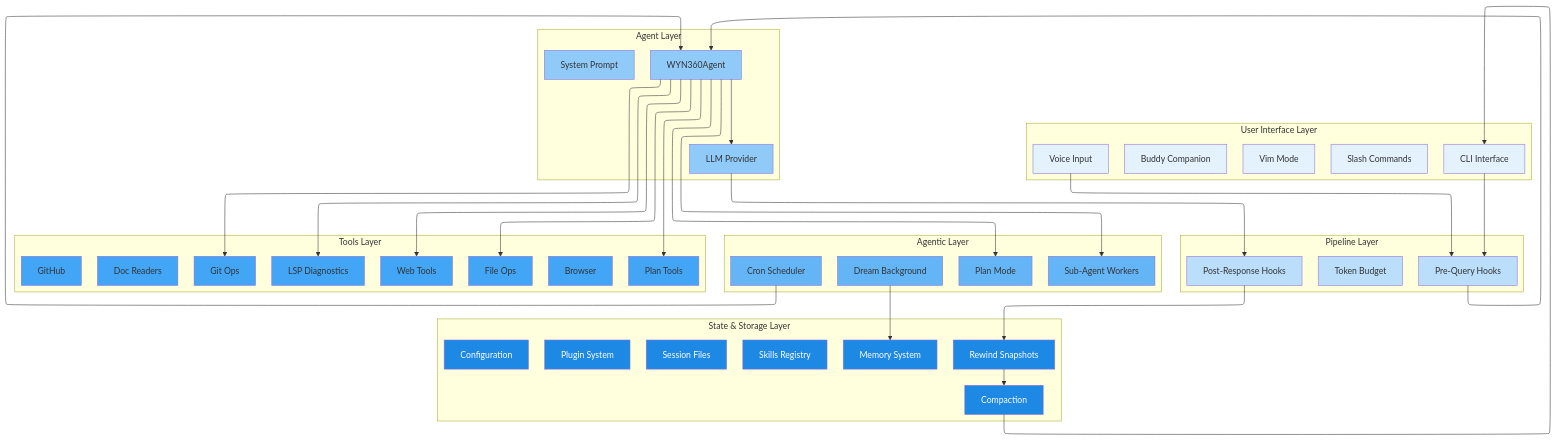
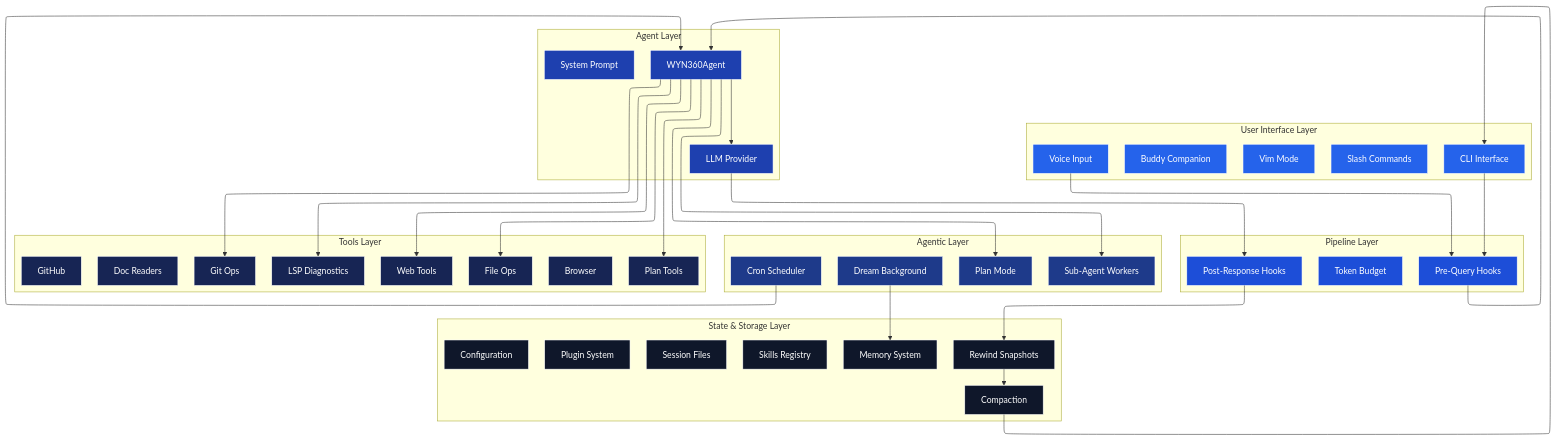
Before and after one commit to yiqiao-yin/wyn360-cli: the first of 4 diagrams in docusaurus-docs/docs/architecture/system.md, drawn with Mermaid. The commit also changed other lines of this file and 3 other files, not shown here.

First line of the commit message:
style: Darken Mermaid theme and add fullscreen toggle on system architecture page

````diff
--- a/docusaurus-docs/docs/architecture/system.md
+++ b/docusaurus-docs/docs/architecture/system.md
@@ -83,34 +83,34 @@
     Dream --> Memory
     Cron --> Agent
 
-    style CLI fill:#e3f2fd
-    style Slash fill:#e3f2fd
-    style Vim fill:#e3f2fd
-    style Voice fill:#e3f2fd
-    style Buddy fill:#e3f2fd
-    style PreHook fill:#bbdefb
-    style PostHook fill:#bbdefb
-    style Budget fill:#bbdefb
-    style Agent fill:#90caf9
-    style Model fill:#90caf9
-    style Prompt fill:#90caf9
-    style Planner fill:#64b5f6
-    style SubAgent fill:#64b5f6
-    style Dream fill:#64b5f6
-    style Cron fill:#64b5f6
-    style Files fill:#42a5f5
-    style Git fill:#42a5f5
-    style Web fill:#42a5f5
-    style GitHub fill:#42a5f5
-    style Browser fill:#42a5f5
-    style Docs fill:#42a5f5
-    style LSP fill:#42a5f5
-    style PlanTools fill:#42a5f5
-    style Memory fill:#1e88e5,color:#fff
-    style Rewind fill:#1e88e5,color:#fff
-    style Compact fill:#1e88e5,color:#fff
-    style Skills fill:#1e88e5,color:#fff
-    style Plugins fill:#1e88e5,color:#fff
-    style Config fill:#1e88e5,color:#fff
-    style Sessions fill:#1e88e5,color:#fff
+    style CLI fill:#2563eb,color:#fff,stroke:#fff,stroke-width:1px
+    style Slash fill:#2563eb,color:#fff,stroke:#fff,stroke-width:1px
+    style Vim fill:#2563eb,color:#fff,stroke:#fff,stroke-width:1px
+    style Voice fill:#2563eb,color:#fff,stroke:#fff,stroke-width:1px
+    style Buddy fill:#2563eb,color:#fff,stroke:#fff,stroke-width:1px
+    style PreHook fill:#1d4ed8,color:#fff,stroke:#fff,stroke-width:1px
+    style PostHook fill:#1d4ed8,color:#fff,stroke:#fff,stroke-width:1px
+    style Budget fill:#1d4ed8,color:#fff,stroke:#fff,stroke-width:1px
+    style Agent fill:#1e40af,color:#fff,stroke:#fff,stroke-width:1px
+    style Model fill:#1e40af,color:#fff,stroke:#fff,stroke-width:1px
+    style Prompt fill:#1e40af,color:#fff,stroke:#fff,stroke-width:1px
+    style Planner fill:#1e3a8a,color:#fff,stroke:#fff,stroke-width:1px
+    style SubAgent fill:#1e3a8a,color:#fff,stroke:#fff,stroke-width:1px
+    style Dream fill:#1e3a8a,color:#fff,stroke:#fff,stroke-width:1px
+    style Cron fill:#1e3a8a,color:#fff,stroke:#fff,stroke-width:1px
+    style Files fill:#172554,color:#fff,stroke:#fff,stroke-width:1px
+    style Git fill:#172554,color:#fff,stroke:#fff,stroke-width:1px
+    style Web fill:#172554,color:#fff,stroke:#fff,stroke-width:1px
+    style GitHub fill:#172554,color:#fff,stroke:#fff,stroke-width:1px
+    style Browser fill:#172554,color:#fff,stroke:#fff,stroke-width:1px
+    style Docs fill:#172554,color:#fff,stroke:#fff,stroke-width:1px
+    style LSP fill:#172554,color:#fff,stroke:#fff,stroke-width:1px
+    style PlanTools fill:#172554,color:#fff,stroke:#fff,stroke-width:1px
+    style Memory fill:#0f172a,color:#fff,stroke:#fff,stroke-width:1px
+    style Rewind fill:#0f172a,color:#fff,stroke:#fff,stroke-width:1px
+    style Compact fill:#0f172a,color:#fff,stroke:#fff,stroke-width:1px
+    style Skills fill:#0f172a,color:#fff,stroke:#fff,stroke-width:1px
+    style Plugins fill:#0f172a,color:#fff,stroke:#fff,stroke-width:1px
+    style Config fill:#0f172a,color:#fff,stroke:#fff,stroke-width:1px
+    style Sessions fill:#0f172a,color:#fff,stroke:#fff,stroke-width:1px
 ```
````
